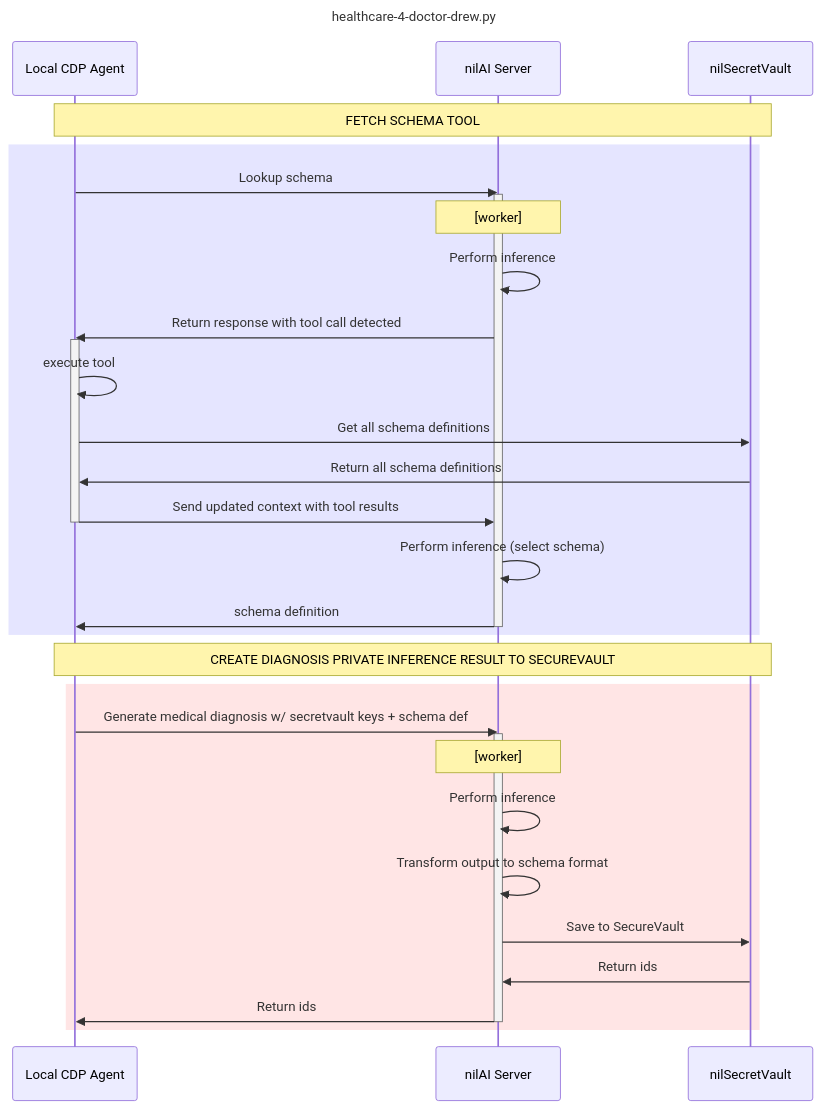
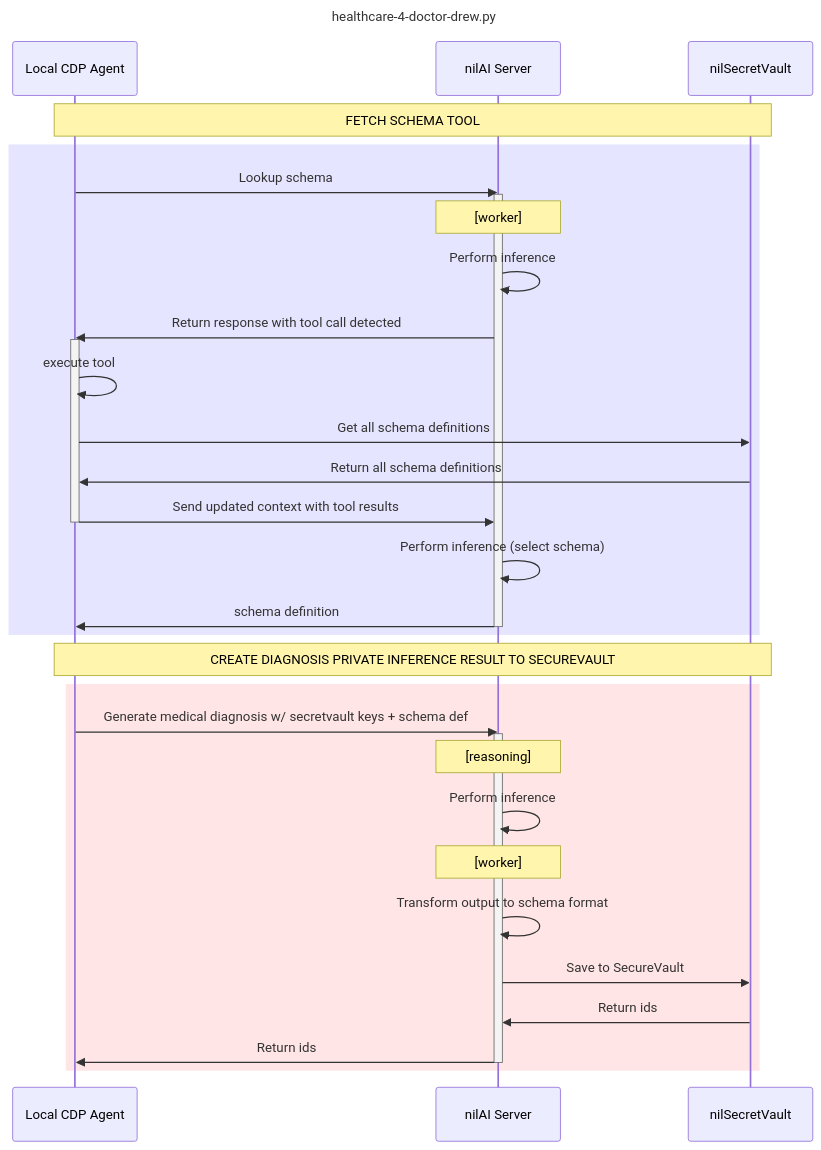
The diagram in examples/healthcare-4-doctor-drew.md (wwwehr/nilai-helper), drawn with Mermaid before and after one commit.

````diff
--- a/examples/healthcare-4-doctor-drew.md
+++ b/examples/healthcare-4-doctor-drew.md
@@ -1,44 +1,45 @@
 ```mermaid
 sequenceDiagram
     title healthcare-4-doctor-drew.py
 
     participant Agent as Local CDP Agent
     participant Server as nilAI Server
     participant nilDB as nilSecretVault
 
 
     Note over Agent,nilDB: FETCH SCHEMA TOOL
     rect rgba(0, 0, 255, .1)
         Agent->>Server: Lookup schema
         activate Server  
             Note over Server: [worker]        
             Server->>Server: Perform inference
             Server->>Agent: Return response with tool call detected
             activate Agent
                 Agent->>Agent: execute tool
                 Agent->>nilDB: Get all schema definitions
                 nilDB->>Agent: Return all schema definitions
                 Agent->>Server: Send updated context with tool results
             deactivate Agent
             Server->>Server: Perform inference (select schema)
             Server->>Agent: schema definition
         deactivate Server
 
     end
 
 
     Note over Agent,nilDB: CREATE DIAGNOSIS PRIVATE INFERENCE RESULT TO SECUREVAULT
     rect rgba(255, 0, 0, .1)
         Agent->>Server: Generate medical diagnosis w/ secretvault keys + schema def
 
         activate Server  
+            Note over Server: [reasoning]
+            Server->>Server: Perform inference
             Note over Server: [worker]
-            Server->>Server: Perform inference
             Server->>Server: Transform output to schema format
             Server->>nilDB: Save to SecureVault
             nilDB->>Server: Return ids
             Server->>Agent: Return ids
         deactivate Server
 
     end
 ```
````
